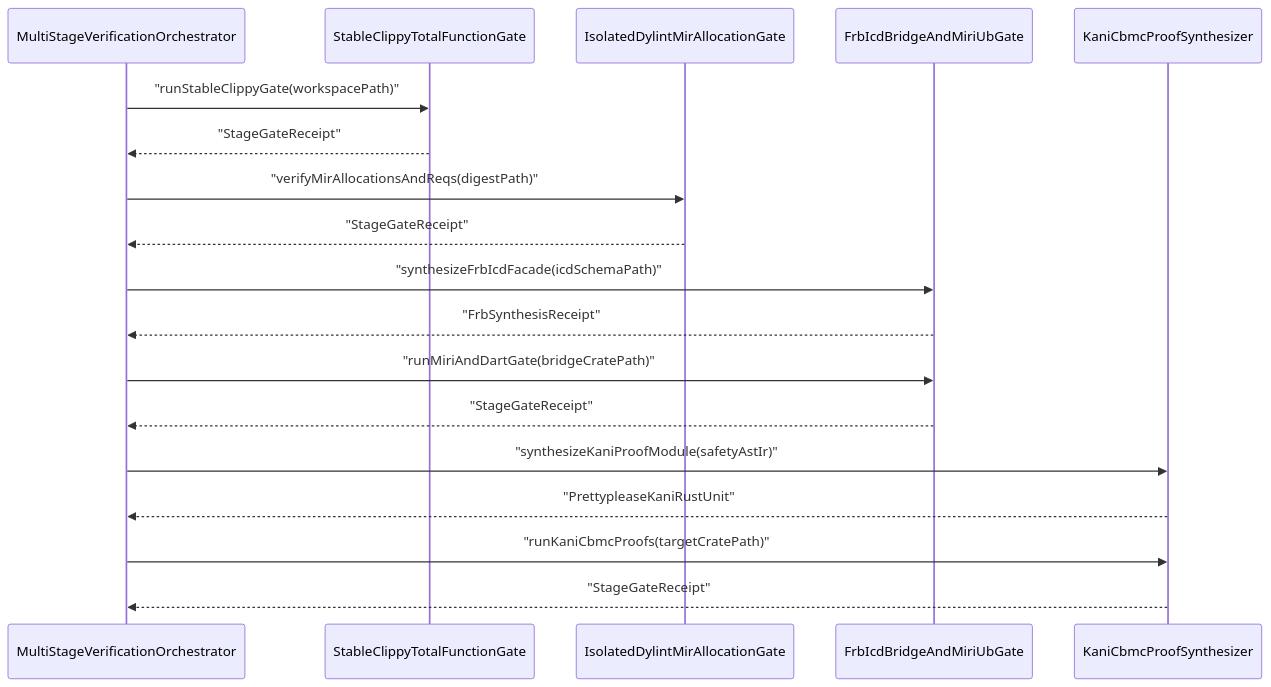
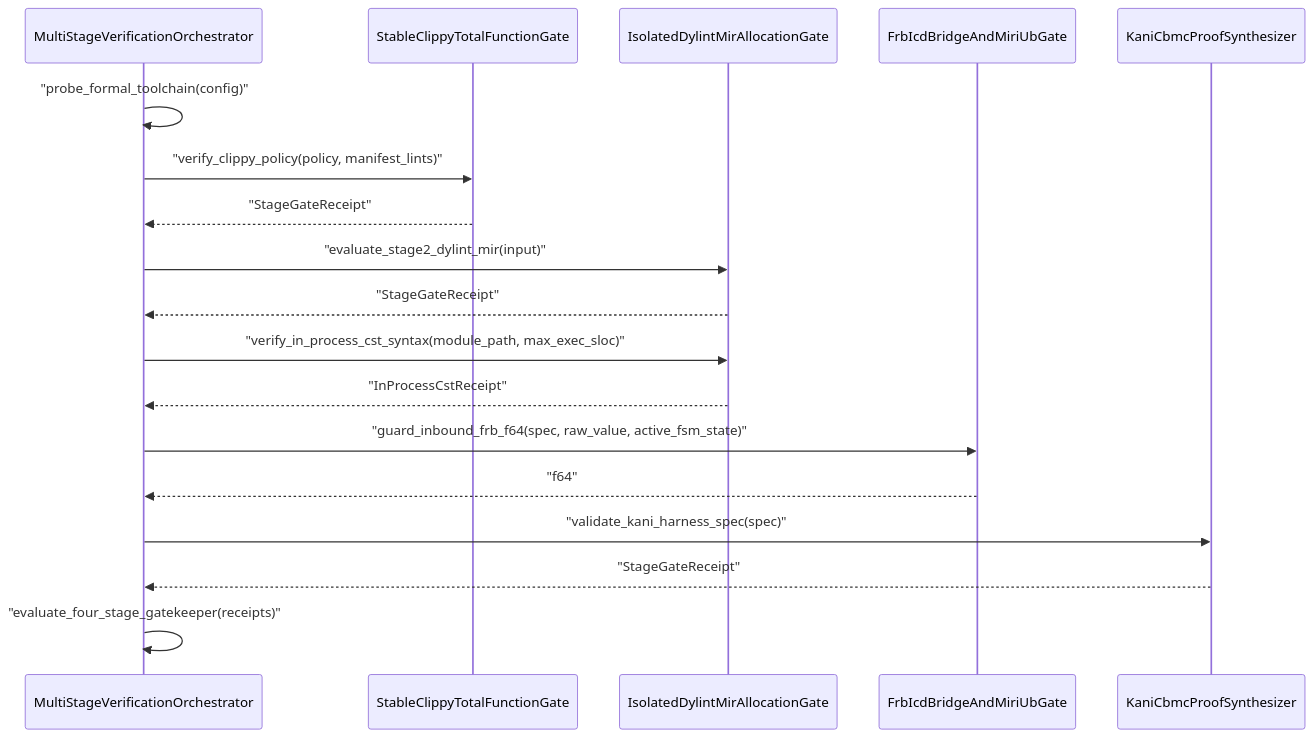
The fourth of 4 diagrams in docs/designs/blueprint-09-clippy-dylint-miri-kani-formal-verification-gate.md (gintatkinson/DEAP01-spec-core), drawn with Mermaid before and after one commit. The commit also changed other lines of this file and 2 other files, not shown here.

Commit message:
docs(blueprints): refactor BP-09 onto multi-platform runtime formal verification gates

````diff
--- a/docs/designs/blueprint-09-clippy-dylint-miri-kani-formal-verification-gate.md
+++ b/docs/designs/blueprint-09-clippy-dylint-miri-kani-formal-verification-gate.md
@@ -186,21 +190,21 @@
 ```mermaid
 sequenceDiagram
     participant MultiStageVerificationOrchestrator
     participant StableClippyTotalFunctionGate
     participant IsolatedDylintMirAllocationGate
     participant FrbIcdBridgeAndMiriUbGate
     participant KaniCbmcProofSynthesizer
 
-    MultiStageVerificationOrchestrator->>StableClippyTotalFunctionGate: "runStableClippyGate(workspacePath)"
+    MultiStageVerificationOrchestrator->>MultiStageVerificationOrchestrator: "probe_formal_toolchain(config)"
+    MultiStageVerificationOrchestrator->>StableClippyTotalFunctionGate: "verify_clippy_policy(policy, manifest_lints)"
     StableClippyTotalFunctionGate-->>MultiStageVerificationOrchestrator: "StageGateReceipt"
-    MultiStageVerificationOrchestrator->>IsolatedDylintMirAllocationGate: "verifyMirAllocationsAndReqs(digestPath)"
+    MultiStageVerificationOrchestrator->>IsolatedDylintMirAllocationGate: "evaluate_stage2_dylint_mir(input)"
     IsolatedDylintMirAllocationGate-->>MultiStageVerificationOrchestrator: "StageGateReceipt"
-    MultiStageVerificationOrchestrator->>FrbIcdBridgeAndMiriUbGate: "synthesizeFrbIcdFacade(icdSchemaPath)"
-    FrbIcdBridgeAndMiriUbGate-->>MultiStageVerificationOrchestrator: "FrbSynthesisReceipt"
-    MultiStageVerificationOrchestrator->>FrbIcdBridgeAndMiriUbGate: "runMiriAndDartGate(bridgeCratePath)"
-    FrbIcdBridgeAndMiriUbGate-->>MultiStageVerificationOrchestrator: "StageGateReceipt"
-    MultiStageVerificationOrchestrator->>KaniCbmcProofSynthesizer: "synthesizeKaniProofModule(safetyAstIr)"
-    KaniCbmcProofSynthesizer-->>MultiStageVerificationOrchestrator: "PrettypleaseKaniRustUnit"
-    MultiStageVerificationOrchestrator->>KaniCbmcProofSynthesizer: "runKaniCbmcProofs(targetCratePath)"
+    MultiStageVerificationOrchestrator->>IsolatedDylintMirAllocationGate: "verify_in_process_cst_syntax(module_path, max_exec_sloc)"
+    IsolatedDylintMirAllocationGate-->>MultiStageVerificationOrchestrator: "InProcessCstReceipt"
+    MultiStageVerificationOrchestrator->>FrbIcdBridgeAndMiriUbGate: "guard_inbound_frb_f64(spec, raw_value, active_fsm_state)"
+    FrbIcdBridgeAndMiriUbGate-->>MultiStageVerificationOrchestrator: "f64"
+    MultiStageVerificationOrchestrator->>KaniCbmcProofSynthesizer: "validate_kani_harness_spec(spec)"
     KaniCbmcProofSynthesizer-->>MultiStageVerificationOrchestrator: "StageGateReceipt"
+    MultiStageVerificationOrchestrator->>MultiStageVerificationOrchestrator: "evaluate_four_stage_gatekeeper(receipts)"
 ```
````
